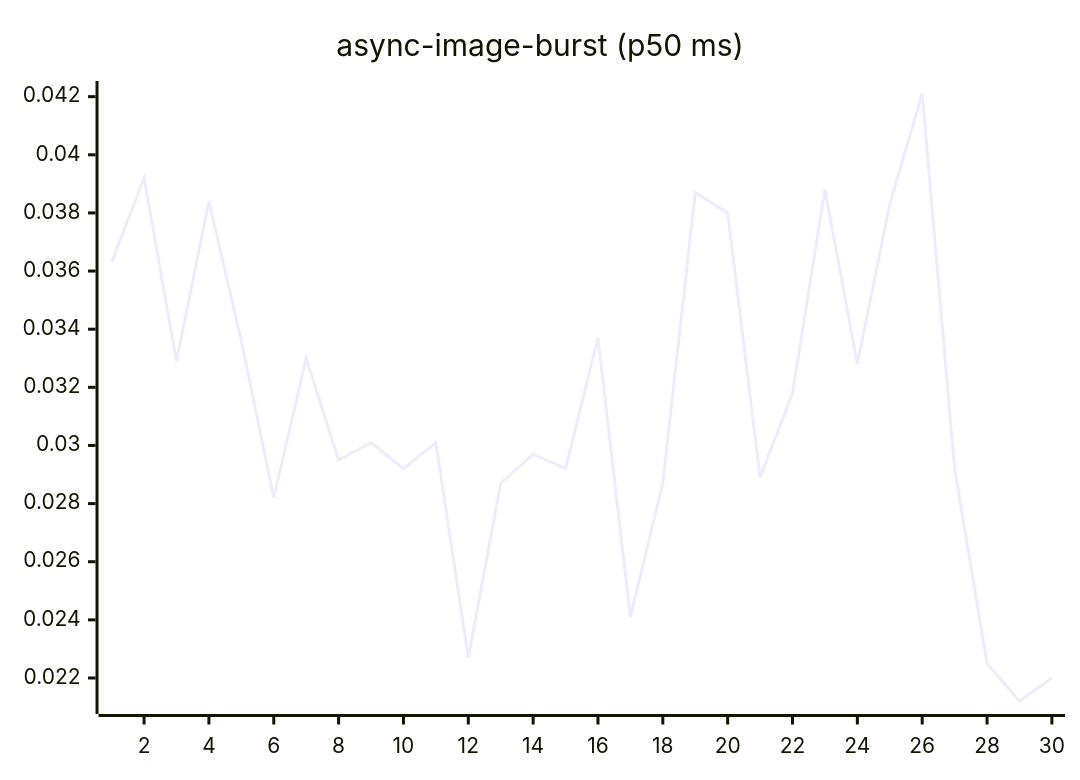
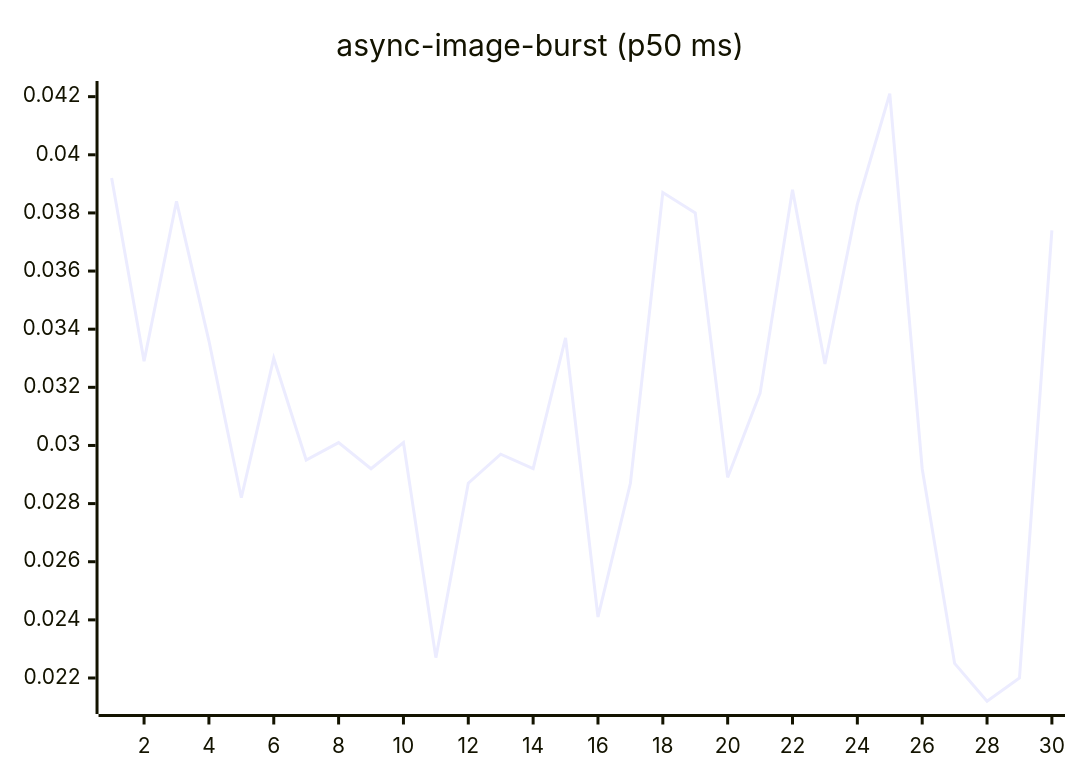
The fourth of 27 diagrams in README.md (josha/Facet), drawn with Mermaid before and after one commit. The commit also changed other lines of this file and 2 other files, not shown here.

````diff
--- a/README.md
+++ b/README.md
@@ -84,6 +84,6 @@
 ```mermaid
 xychart-beta
     title "async-image-burst (p50 ms)"
     x-axis 1 --> 30
-    line [0.0363, 0.0392, 0.0329, 0.0384, 0.0336, 0.0282, 0.0330, 0.0295, 0.0301, 0.0292, 0.0301, 0.0227, 0.0287, 0.0297, 0.0292, 0.0337, 0.0241, 0.0287, 0.0387, 0.0380, 0.0289, 0.0318, 0.0388, 0.0328, 0.0383, 0.0421, 0.0292, 0.0225, 0.0212, 0.0220]
+    line [0.0392, 0.0329, 0.0384, 0.0336, 0.0282, 0.0330, 0.0295, 0.0301, 0.0292, 0.0301, 0.0227, 0.0287, 0.0297, 0.0292, 0.0337, 0.0241, 0.0287, 0.0387, 0.0380, 0.0289, 0.0318, 0.0388, 0.0328, 0.0383, 0.0421, 0.0292, 0.0225, 0.0212, 0.0220, 0.0374]
 ```
````
